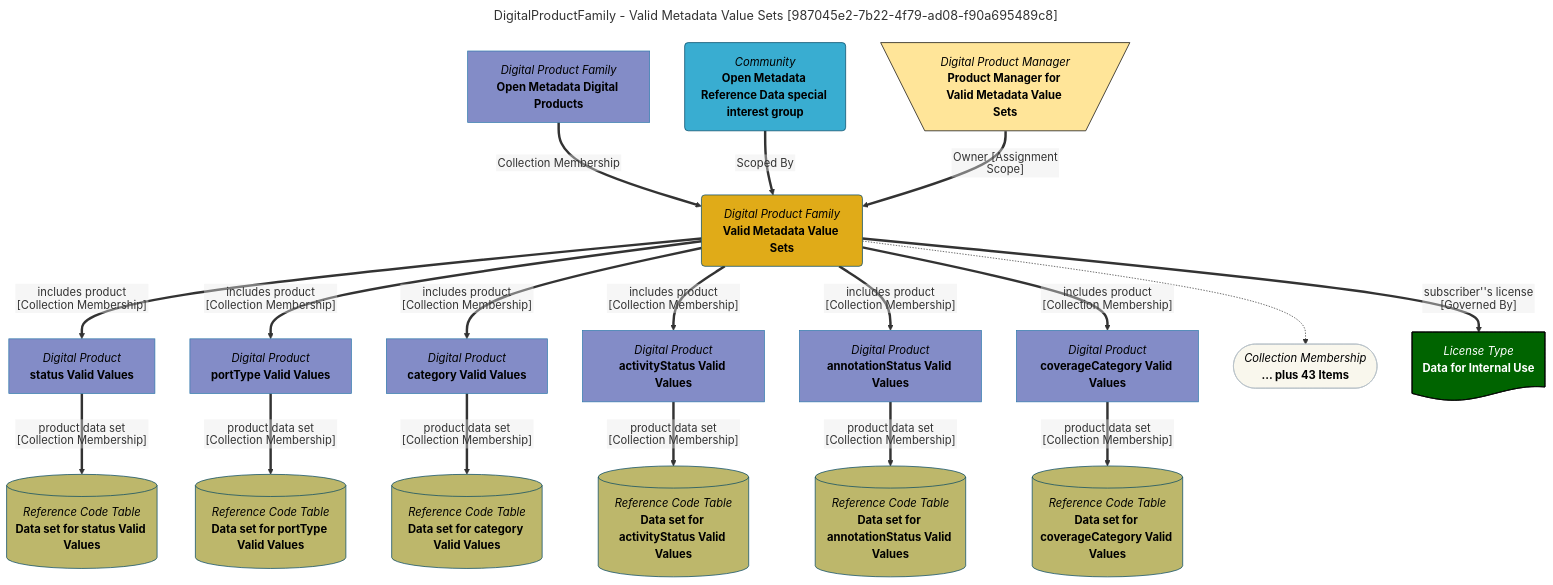
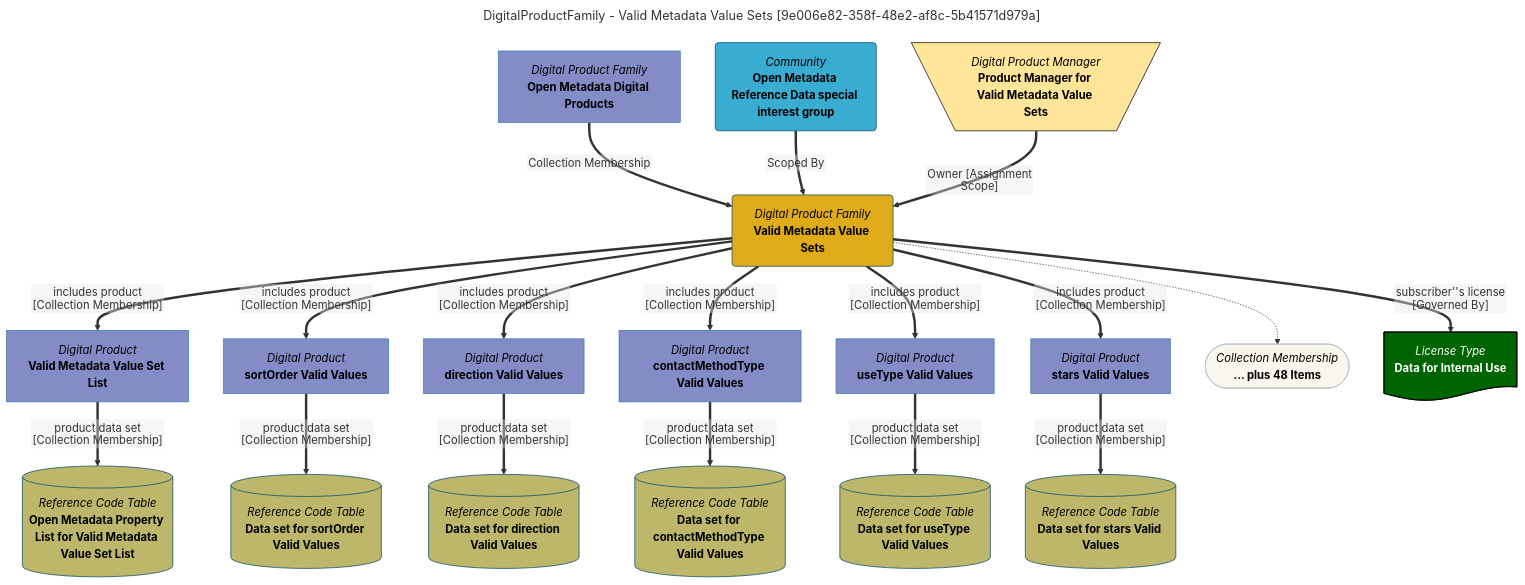
The diagram in site/snippets/collections/digital-products/valid-metadata-value-sets-mermaid-graph.md (odpi/egeria-docs), drawn with Mermaid before and after one commit. The commit also changed 2201 other files, not shown here.

````diff
--- a/site/snippets/collections/digital-products/valid-metadata-value-sets-mermaid-graph.md
+++ b/site/snippets/collections/digital-products/valid-metadata-value-sets-mermaid-graph.md
@@ -1,79 +1,79 @@
 ```mermaid
 ---
-title: DigitalProductFamily - Valid Metadata Value Sets [987045e2-7b22-4f79-ad08-f90a695489c8]
+title: DigitalProductFamily - Valid Metadata Value Sets [9e006e82-358f-48e2-af8c-5b41571d979a]
 ---
 flowchart TD
 %%{init: {"flowchart": {"htmlLabels": false}} }%%
 
 1@{ shape: rounded, label: "*Digital Product Family*
 **Valid Metadata Value Sets**"}
 2@{ shape: rect, label: "*Digital Product Family*
 **Open Metadata Digital Products**"}
 2==>|"Collection Membership"|1
 3@{ shape: rect, label: "*Digital Product*
-**status Valid Values**"}
+**Valid Metadata Value Set List**"}
 1==>|"includes product [Collection Membership]"|3
 4@{ shape: cyl, label: "*Reference Code Table*
-**Data set for status Valid Values**"}
+**Open Metadata Property List for Valid Metadata Value Set List**"}
 3==>|"product data set [Collection Membership]"|4
 5@{ shape: rect, label: "*Digital Product*
-**portType Valid Values**"}
+**sortOrder Valid Values**"}
 1==>|"includes product [Collection Membership]"|5
 6@{ shape: cyl, label: "*Reference Code Table*
-**Data set for portType Valid Values**"}
+**Data set for sortOrder Valid Values**"}
 5==>|"product data set [Collection Membership]"|6
 7@{ shape: rect, label: "*Digital Product*
-**category Valid Values**"}
+**direction Valid Values**"}
 1==>|"includes product [Collection Membership]"|7
 8@{ shape: cyl, label: "*Reference Code Table*
-**Data set for category Valid Values**"}
+**Data set for direction Valid Values**"}
 7==>|"product data set [Collection Membership]"|8
 9@{ shape: rect, label: "*Digital Product*
-**activityStatus Valid Values**"}
+**contactMethodType Valid Values**"}
 1==>|"includes product [Collection Membership]"|9
 10@{ shape: cyl, label: "*Reference Code Table*
-**Data set for activityStatus Valid Values**"}
+**Data set for contactMethodType Valid Values**"}
 9==>|"product data set [Collection Membership]"|10
 11@{ shape: rect, label: "*Digital Product*
-**annotationStatus Valid Values**"}
+**useType Valid Values**"}
 1==>|"includes product [Collection Membership]"|11
 12@{ shape: cyl, label: "*Reference Code Table*
-**Data set for annotationStatus Valid Values**"}
+**Data set for useType Valid Values**"}
 11==>|"product data set [Collection Membership]"|12
 13@{ shape: rect, label: "*Digital Product*
-**coverageCategory Valid Values**"}
+**stars Valid Values**"}
 1==>|"includes product [Collection Membership]"|13
 14@{ shape: cyl, label: "*Reference Code Table*
-**Data set for coverageCategory Valid Values**"}
+**Data set for stars Valid Values**"}
 13==>|"product data set [Collection Membership]"|14
 15@{ shape: stadium, label: "*Collection Membership*
-**... plus 43 Items**"}
+**... plus 48 Items**"}
 1-.->15
 16@{ shape: rounded, label: "*Community*
 **Open Metadata Reference Data special interest group**"}
 16==>|"Scoped By"|1
 17@{ shape: trap-t, label: "*Digital Product Manager*
 **Product Manager for Valid Metadata Value Sets**"}
 17==>|"Owner [Assignment Scope]"|1
 18@{ shape: doc, label: "*License Type*
 **Data for Internal Use**"}
 1==>|"subscriber''s license [Governed By]"|18
 style 11 color:#000000, fill:#838cc7, stroke:#3079ab
-style 12 color:#000000, fill:#bdb76b, stroke:#004563
+style 12 color:#000000, fill:#BDB76B, stroke:#004563
 style 13 color:#000000, fill:#838cc7, stroke:#3079ab
-style 14 color:#000000, fill:#bdb76b, stroke:#004563
+style 14 color:#000000, fill:#BDB76B, stroke:#004563
 style 15 color:#000000, fill:#F9F7ED, stroke:#b7c0c7
 style 16 color:#000000, fill:#39add1, stroke:#004563
 style 17 color:#000000, fill:#FFE599, stroke:#000000
 style 18 color:#FFFFFF, fill:#006400, stroke:#000000
 style 1 color:#000000, fill:#e0ab18, stroke:#004563
 style 2 color:#000000, fill:#838cc7, stroke:#3079ab
 style 3 color:#000000, fill:#838cc7, stroke:#3079ab
-style 4 color:#000000, fill:#bdb76b, stroke:#004563
+style 4 color:#000000, fill:#BDB76B, stroke:#004563
 style 5 color:#000000, fill:#838cc7, stroke:#3079ab
-style 6 color:#000000, fill:#bdb76b, stroke:#004563
+style 6 color:#000000, fill:#BDB76B, stroke:#004563
 style 7 color:#000000, fill:#838cc7, stroke:#3079ab
-style 8 color:#000000, fill:#bdb76b, stroke:#004563
+style 8 color:#000000, fill:#BDB76B, stroke:#004563
 style 9 color:#000000, fill:#838cc7, stroke:#3079ab
-style 10 color:#000000, fill:#bdb76b, stroke:#004563
+style 10 color:#000000, fill:#BDB76B, stroke:#004563
 ```
````
